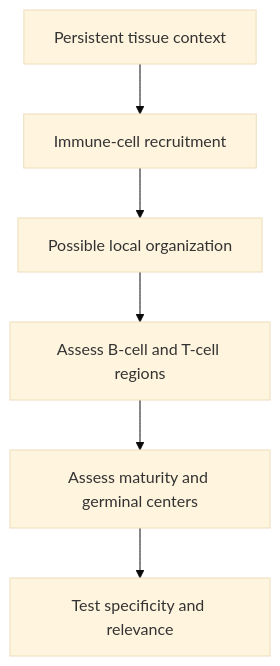
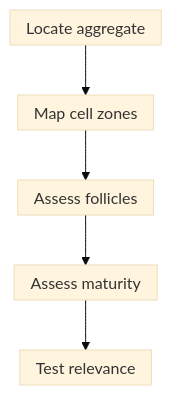
Before and after one commit to jasonLaster/oncoguide: the diagram in wiki/education/concepts/immunology/antibodies-and-b-cells/tertiary-lymphoid-structures.md, drawn with Mermaid (base theme). The commit also changed other lines of this file and 30 other files, not shown here.

Commit message:
Sync immune signals, local treatment and quality curriculum

````diff
--- a/wiki/education/concepts/immunology/antibodies-and-b-cells/tertiary-lymphoid-structures.md
+++ b/wiki/education/concepts/immunology/antibodies-and-b-cells/tertiary-lymphoid-structures.md
@@ -42,8 +40,8 @@
 ```mermaid
+%%{init: {"htmlLabels":false,"flowchart":{"htmlLabels":false,"padding":8,"nodeSpacing":25}}}%%
 flowchart TD
-  A[Persistent tissue context] --> B[Immune-cell recruitment]
-  B --> C[Possible local organization]
-  C --> D[Assess B-cell and T-cell regions]
-  D --> E[Assess maturity and germinal centers]
-  E --> F[Test specificity and relevance]
+  A["Locate aggregate"] --> B["Map cell zones"]
+  B --> C["Assess follicles"]
+  C --> D["Assess maturity"]
+  D --> E["Test relevance"]
 ```
````
